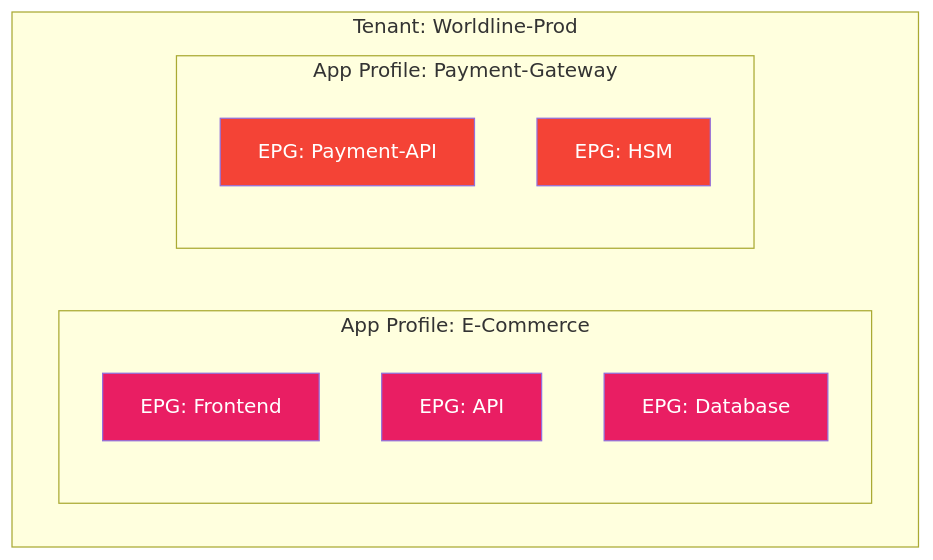
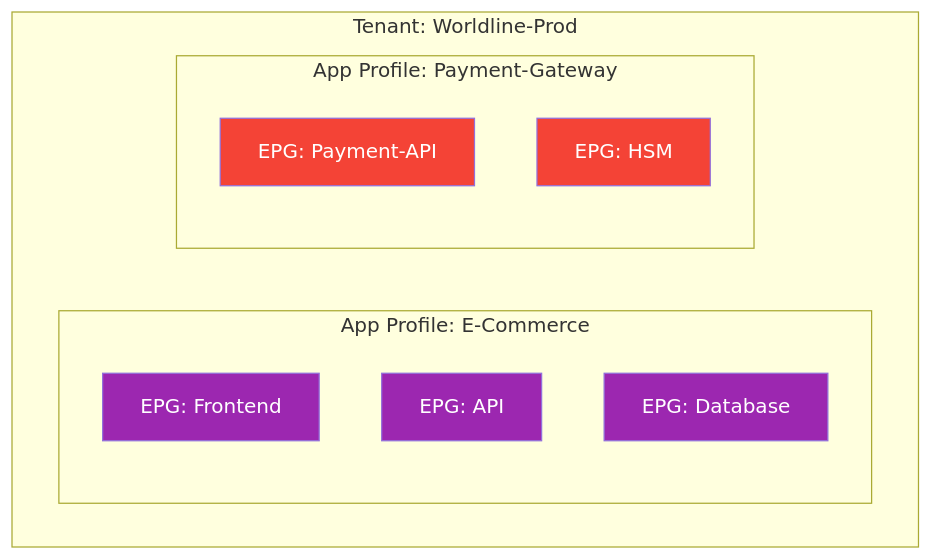
One commit to VBlackJack/ShellBook changed the eighth of 11 diagrams in docs/formations/terraform-aci/03-module.md. Above: the diagram before and after it, drawn with Mermaid. The commit also changed other lines of this file and 337 other files, not shown here.

First line of the commit message:
refactor(docs): Standardize code blocks and Mermaid colors

````diff
--- a/docs/formations/terraform-aci/03-module.md
+++ b/docs/formations/terraform-aci/03-module.md
@@ -429,21 +429,21 @@
 ```mermaid
 graph TB
     subgraph "Tenant: Worldline-Prod"
         subgraph "App Profile: E-Commerce"
             EPG_WEB["EPG: Frontend"]
             EPG_API["EPG: API"]
             EPG_DB["EPG: Database"]
         end
 
         subgraph "App Profile: Payment-Gateway"
             EPG_PAY["EPG: Payment-API"]
             EPG_HSM["EPG: HSM"]
         end
     end
 
-    style EPG_WEB fill:#e91e63,color:#fff
-    style EPG_API fill:#e91e63,color:#fff
-    style EPG_DB fill:#e91e63,color:#fff
+    style EPG_WEB fill:#9C27B0,color:#fff
+    style EPG_API fill:#9C27B0,color:#fff
+    style EPG_DB fill:#9C27B0,color:#fff
     style EPG_PAY fill:#f44336,color:#fff
     style EPG_HSM fill:#f44336,color:#fff
 ```
````
